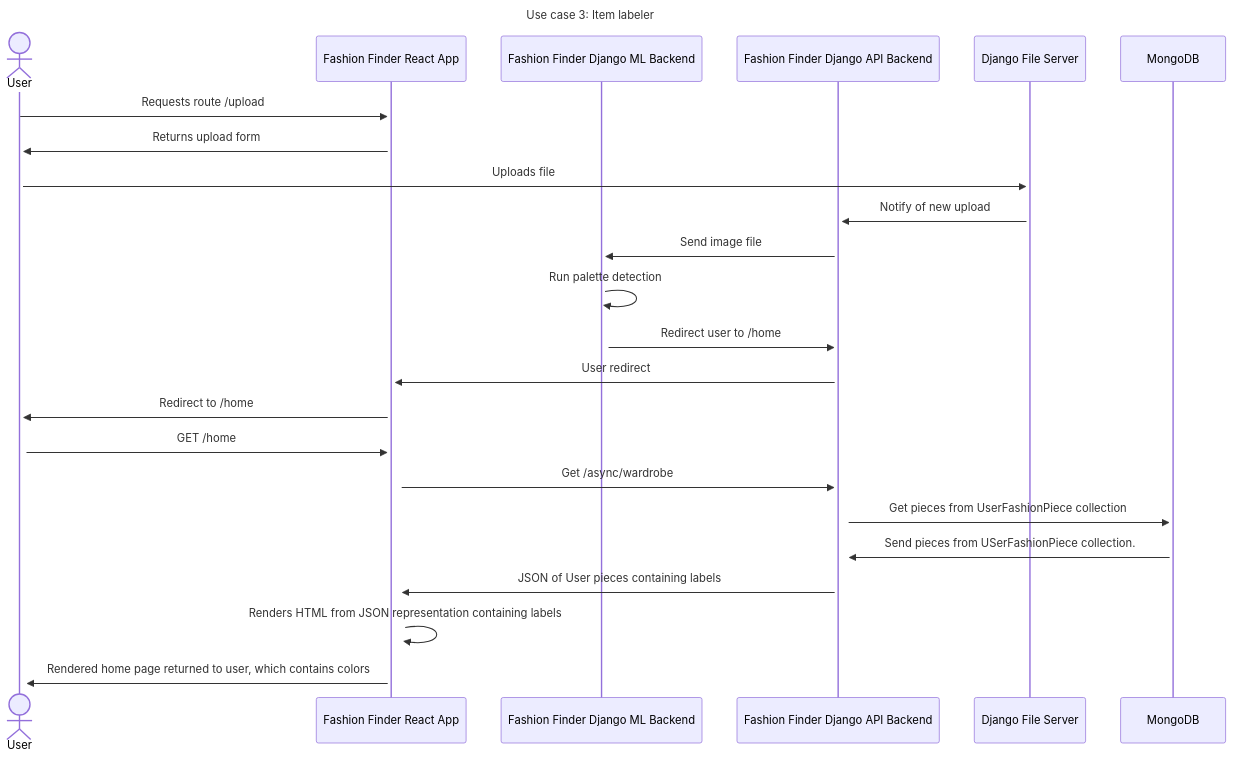
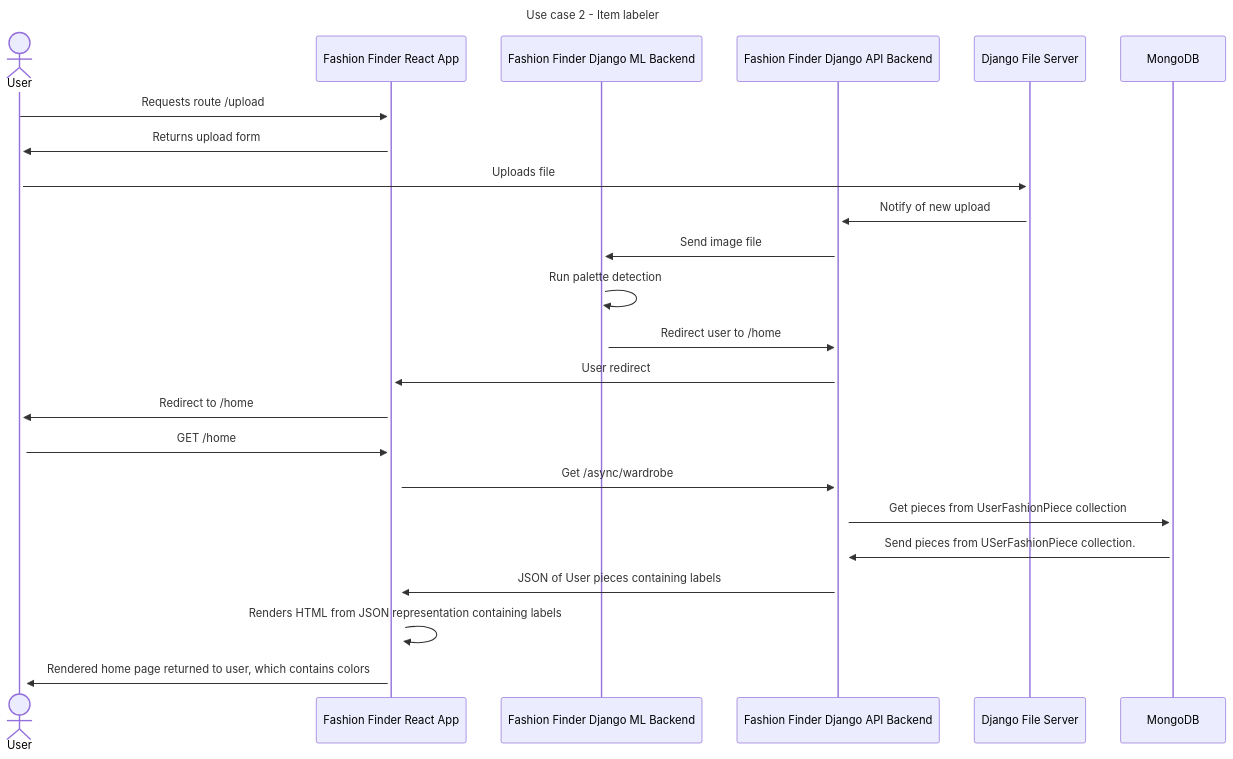
One commit to Capstone-Projects-2022-Fall/project-fashion-finder changed the second of 6 diagrams in documentation/docs/requirements/use-case-descriptions.md. Above: the diagram before and after it, drawn with Mermaid. The commit also changed other lines of this file, not shown here.

````diff
--- a/documentation/docs/requirements/use-case-descriptions.md
+++ b/documentation/docs/requirements/use-case-descriptions.md
@@ -38,30 +38,30 @@
 ```mermaid
 sequenceDiagram
-    title Use case 3: Item labeler
+    title: Use case 2 - Item labeler
     actor U as User
     participant F as Fashion Finder React App
     %% participant DM as Fashion Finder Django ML Backend
     participant DMC as Fashion Finder Django ML Backend
     participant DC as Fashion Finder Django API Backend
     participant DFS as Django File Server
     participant DB as MongoDB
     U->>+F: Requests route /upload
     F->>+U: Returns upload form
     U->>+DFS: Uploads file
     DFS->>+DC: Notify of new upload
     DC->>+DMC: Send image file
     DMC->>+DMC: Run palette detection
     DMC->>+DC: Redirect user to /home
     DC->>+F: User redirect
     F->>+U: Redirect to /home
     U->>+F: GET /home
     F->>+DC: Get /async/wardrobe
     DC->>+DB: Get pieces from UserFashionPiece collection
     DB->>+DC: Send pieces from USerFashionPiece collection.
     DC->>+F: JSON of User pieces containing labels
     F->>+F: Renders HTML from JSON representation containing labels
     F->>+U: Rendered home page returned to user, which contains colors
 
 
 
 ```
````
